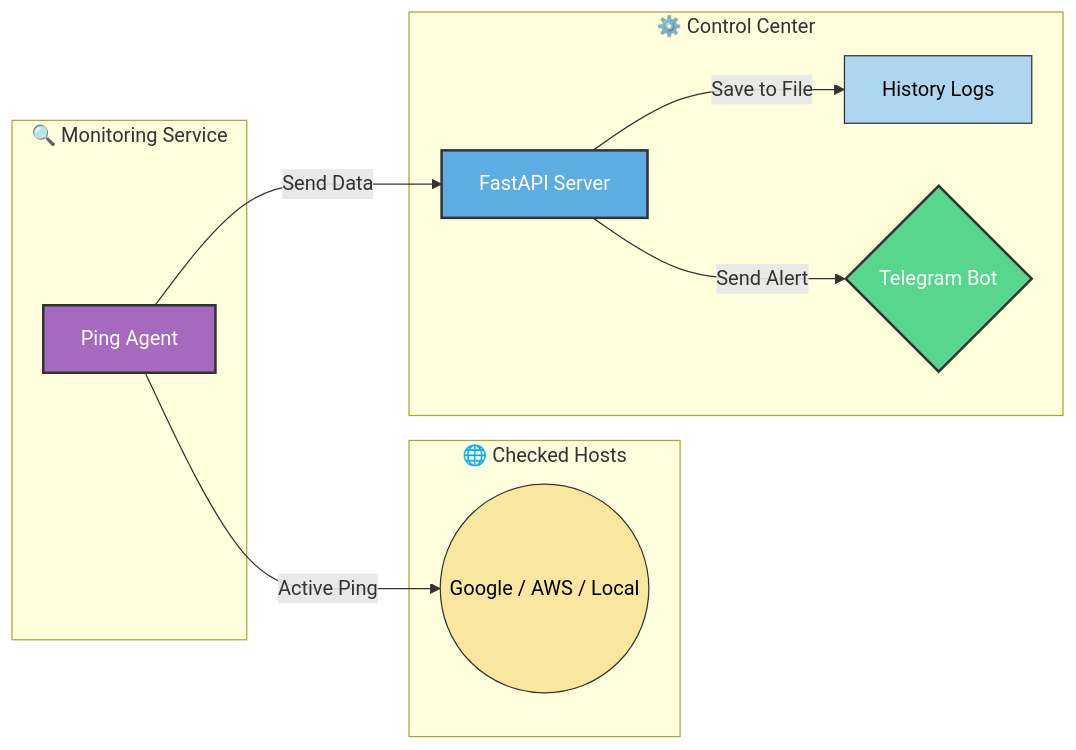
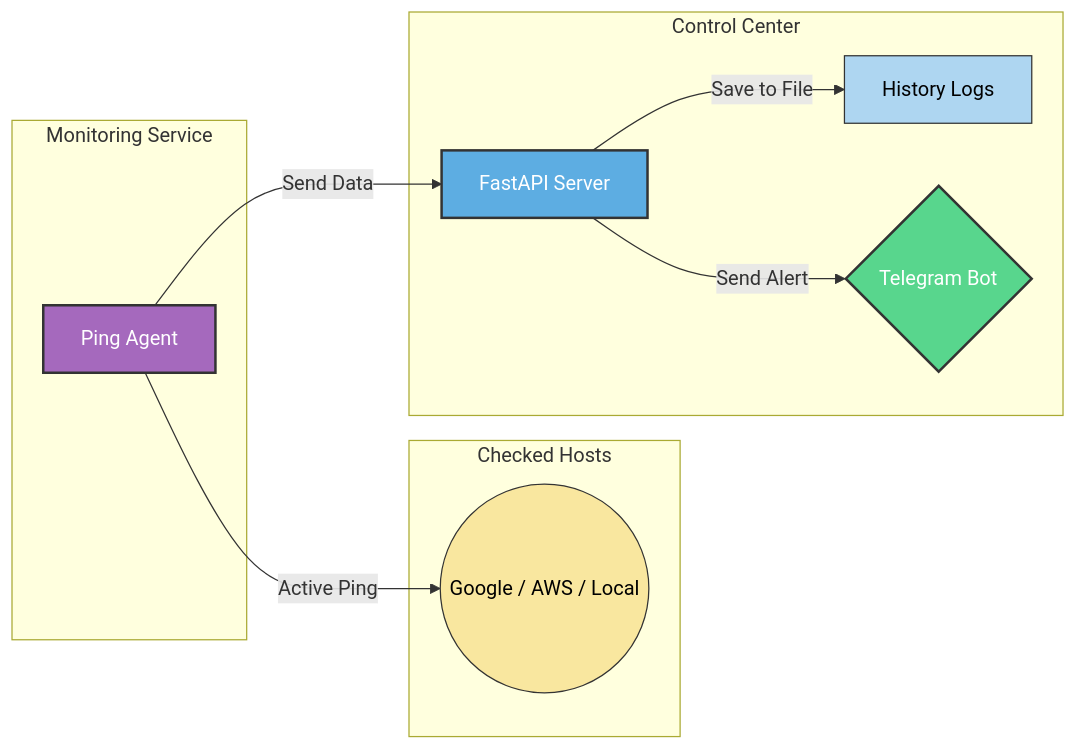
Before and after one commit to maksim-kameko/distributed-network-monitor: the diagram in README.md, drawn with Mermaid.

Commit message:
Fix formatting in system architecture section

````diff
--- a/README.md
+++ b/README.md
@@ -18,29 +18,29 @@
 ```mermaid
 graph LR
-    subgraph Monitor ["🔍 Monitoring Service"]
+    subgraph Monitor [" Monitoring Service"]
         A[Ping Agent] 
     end
 
-    subgraph Targets ["🌐 Checked Hosts"]
+    subgraph Targets [" Checked Hosts"]
         B((Google / AWS / Local))
     end
 
-    subgraph Backend ["⚙️ Control Center"]
+    subgraph Backend [" Control Center"]
         C[FastAPI Server]
         D[History Logs]
         E{Telegram Bot}
     end
 
     %% Przepływ danych
     A -- "Active Ping" --> B
     A -- "Send Data" --> C
     C -- "Save to File" --> D
     C -- "Send Alert" --> E
 
     %% Kolory i Kontrast
     style A fill:#a569bd,stroke:#333,stroke-width:2px,color:#fff
     style B fill:#f9e79f,stroke:#333,stroke-width:1px,color:#000
     style C fill:#5dade2,stroke:#333,stroke-width:2px,color:#fff
     style D fill:#aed6f1,stroke:#333,stroke-width:1px,color:#000
     style E fill:#58d68d,stroke:#333,stroke-width:2px,color:#fff
 ```
````
